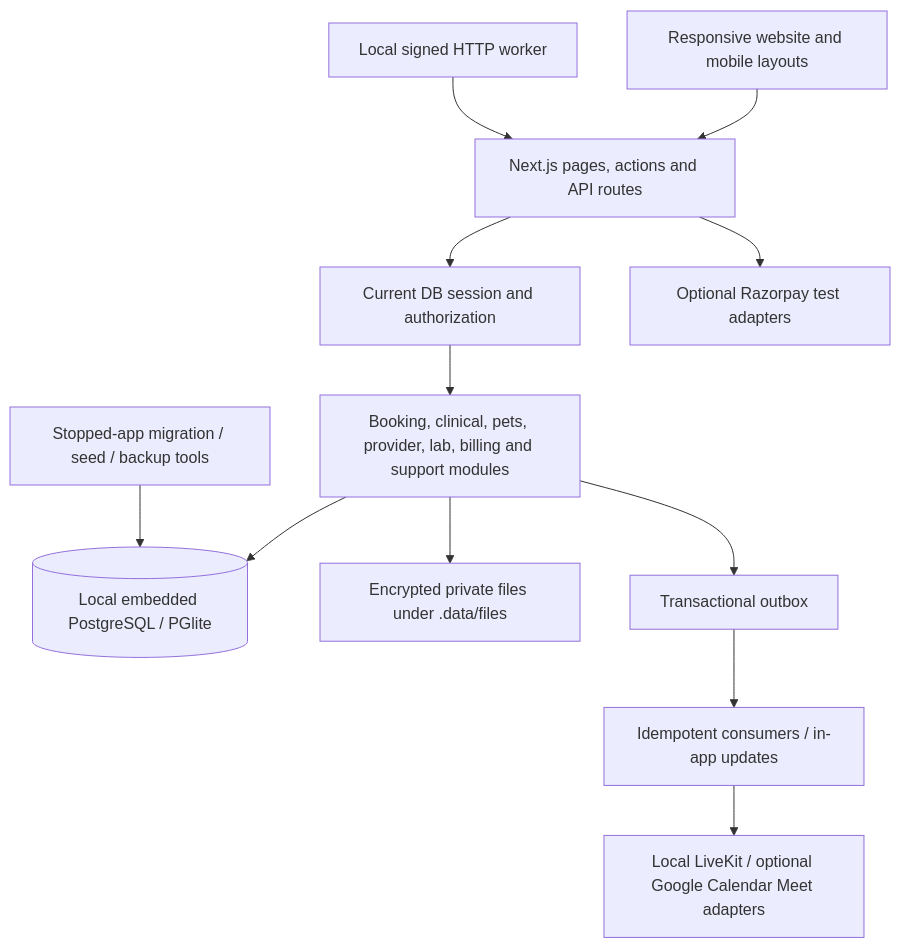
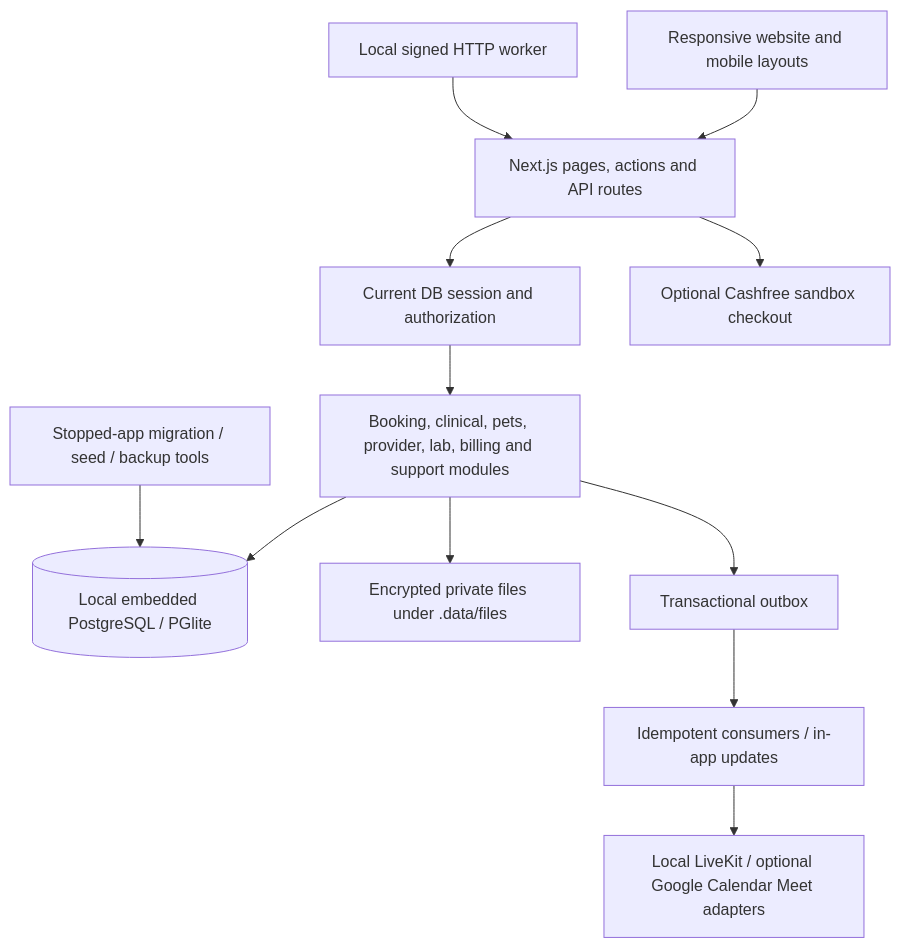
Before and after one commit to champion19007/carenest: the diagram in docs/implementation/LOCAL_RUNBOOK.md, drawn with Mermaid. The commit also changed other lines of this file and 162 other files, not shown here.

````diff
--- a/docs/implementation/LOCAL_RUNBOOK.md
+++ b/docs/implementation/LOCAL_RUNBOOK.md
@@ -49,14 +49,14 @@
 ```mermaid
 flowchart TD
   UI[Responsive website and mobile layouts] --> Next[Next.js pages, actions and API routes]
   Next --> Session[Current DB session and authorization]
   Session --> Domain[Booking, clinical, pets, provider, lab, billing and support modules]
   Domain --> DB[(Local embedded PostgreSQL / PGlite)]
   Domain --> Files[Encrypted private files under .data/files]
   Domain --> Events[Transactional outbox]
   Worker[Local signed HTTP worker] --> Next
   Events --> Consumers[Idempotent consumers / in-app updates]
   Consumers --> Video[Local LiveKit / optional Google Calendar Meet adapters]
-  Next --> Payments[Optional Razorpay test adapters]
+  Next --> Payments[Optional Cashfree sandbox checkout]
   CLI[Stopped-app migration / seed / backup tools] --> DB
 ```
````
